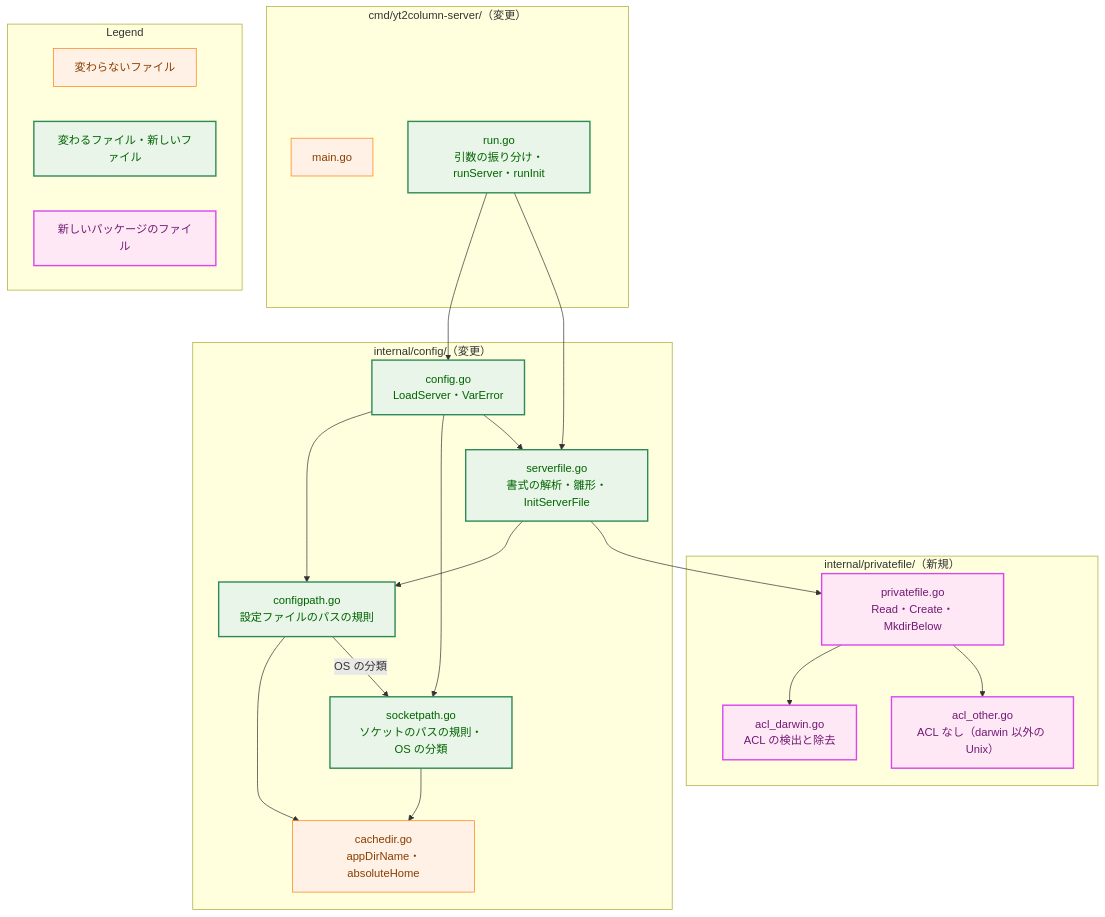
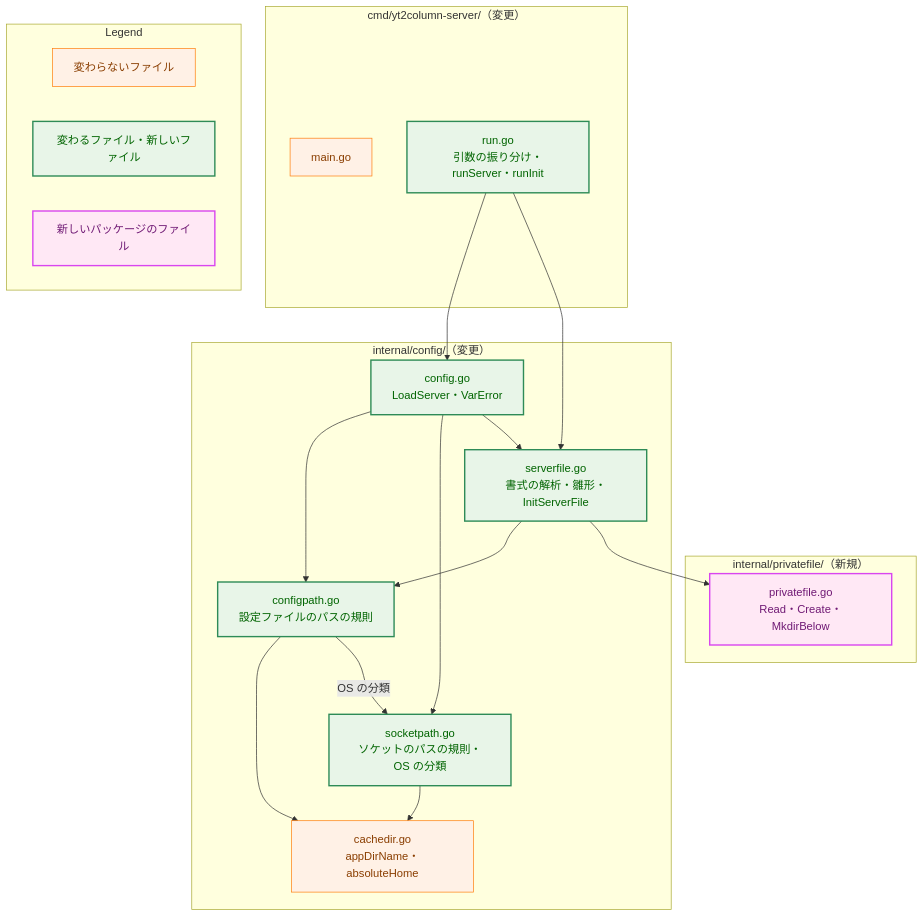
The third of 7 diagrams in docs/tasks/0066_server_config_file/02_architecture.md (isseis/yt2column), drawn with Mermaid before and after one commit. The commit also changed other lines of this file and 2 other files, not shown here.

First line of the commit message:
docs(0066): accept the ACL of the config file as a residual risk

````diff
--- a/docs/tasks/0066_server_config_file/02_architecture.md
+++ b/docs/tasks/0066_server_config_file/02_architecture.md
@@ -136,52 +134,48 @@
 ```mermaid
 graph TB
     classDef process fill:#fff1e6,stroke:#ff7f0e,stroke-width:1px,color:#8a3e00;
     classDef enhanced fill:#e8f5e8,stroke:#2e8b57,stroke-width:2px,color:#006400;
     classDef newpkg fill:#ffe8f5,stroke:#d946ef,stroke-width:2px,color:#701a75;
 
     subgraph pkg_pf ["internal/privatefile/（新規）"]
         PF1["privatefile.go<br>Read・Create・MkdirBelow"]
-        PF2["acl_darwin.go<br>ACL の検出と除去"]
-        PF3["acl_other.go<br>ACL なし（darwin 以外の Unix）"]
     end
 
     subgraph pkg_cfg ["internal/config/（変更）"]
         C1["config.go<br>LoadServer・VarError"]
         C2["serverfile.go<br>書式の解析・雛形・InitServerFile"]
         C3["configpath.go<br>設定ファイルのパスの規則"]
         C4["socketpath.go<br>ソケットのパスの規則・OS の分類"]
         C5["cachedir.go<br>appDirName・absoluteHome"]
     end
 
     subgraph pkg_srv ["cmd/yt2column-server/（変更）"]
         S1["main.go"]
         S2["run.go<br>引数の振り分け・runServer・runInit"]
     end
 
     S2 --> C1
     S2 --> C2
     C1 --> C3
     C1 --> C4
     C2 --> C3
     C1 --> C2
     C3 --> C5
     C3 -->|"OS の分類"| C4
     C4 --> C5
     C2 --> PF1
-    PF1 --> PF2
-    PF1 --> PF3
 
-    class PF1,PF2,PF3 newpkg
+    class PF1 newpkg
     class C1,C2,C3,S2 enhanced
     class C5,S1 process
     class C4 enhanced
 
     subgraph Legend["Legend"]
         L1["変わらないファイル"]
         L2["変わるファイル・新しいファイル"]
         L3["新しいパッケージのファイル"]
     end
     class L1 process
     class L2 enhanced
     class L3 newpkg
 ```
````
